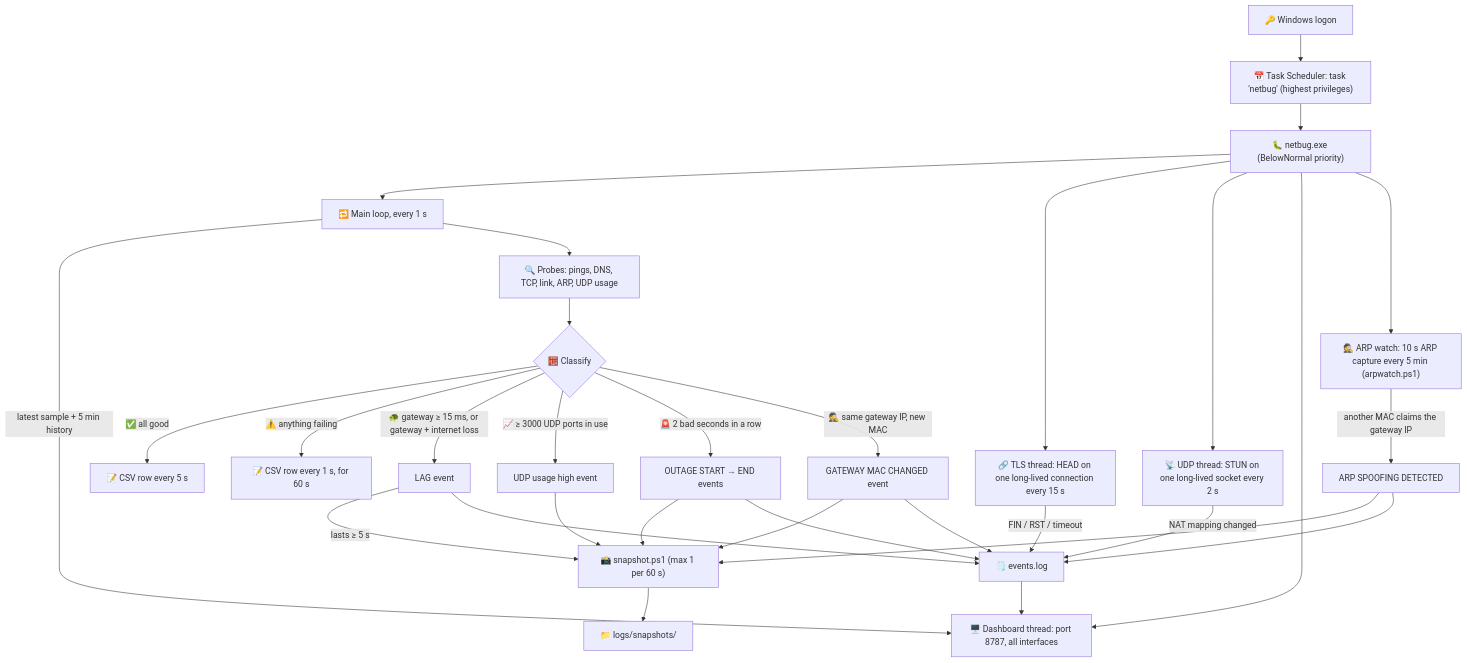
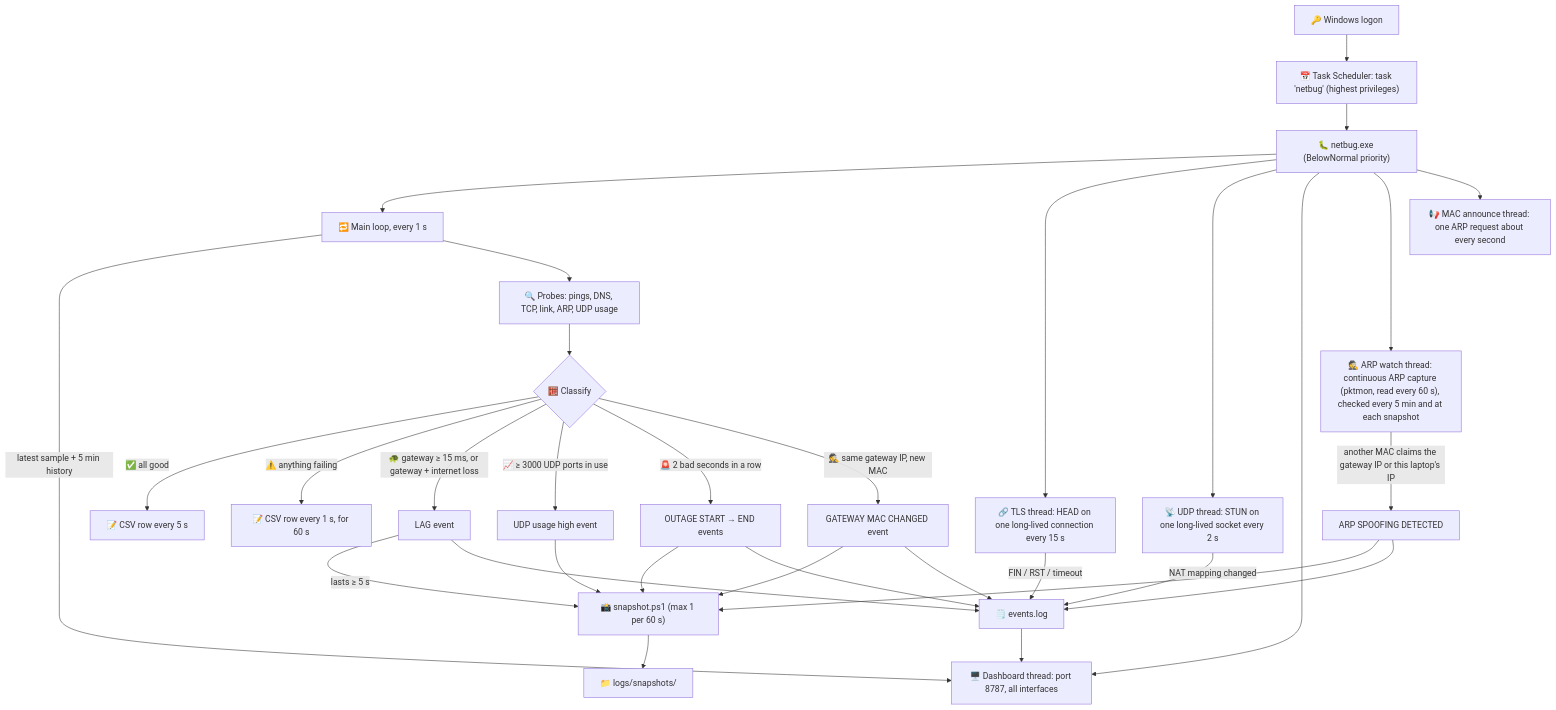
One commit to tariqaq/netbug changed the diagram in README.md. Above: the diagram before and after it, drawn with Mermaid. The commit also changed other lines of this file and 6 other files, not shown here.

First line of the commit message:
Router-side ARP defence: MAC announce, continuous ARP capture, 4-core cap

````diff
--- a/README.md
+++ b/README.md
@@ -29,38 +29,39 @@
 ```mermaid
 flowchart TD
     A["🔑 Windows logon"] --> B["📅 Task Scheduler: task 'netbug' (highest privileges)"]
     B --> C["🐛 netbug.exe (BelowNormal priority)"]
 
     C --> M["🔁 Main loop, every 1 s"]
     C --> T["🔗 TLS thread: HEAD on one long-lived connection every 15 s"]
     C --> U["📡 UDP thread: STUN on one long-lived socket every 2 s"]
     C --> W["🖥️ Dashboard thread: port 8787, all interfaces"]
-    C --> AW["🕵️ ARP watch: 10 s ARP capture every 5 min (arpwatch.ps1)"]
-    AW -->|"another MAC claims the gateway IP"| SP["ARP SPOOFING DETECTED"]
+    C --> AW["🕵️ ARP watch thread: continuous ARP capture (pktmon, read every 60 s), checked every 5 min and at each snapshot"]
+    C --> AN["📢 MAC announce thread: one ARP request about every second"]
+    AW -->|"another MAC claims the gateway IP or this laptop's IP"| SP["ARP SPOOFING DETECTED"]
     SP --> S
     SP --> E
     E --> W
     M -->|"latest sample + 5 min history"| W
 
     M --> P["🔍 Probes: pings, DNS, TCP, link, ARP, UDP usage"]
     P --> K{"🧮 Classify"}
 
     K -->|"✅ all good"| R1["📝 CSV row every 5 s"]
     K -->|"⚠️ anything failing"| R2["📝 CSV row every 1 s, for 60 s"]
     K -->|"🐢 gateway ≥ 15 ms, or gateway + internet loss"| L["LAG event"]
     K -->|"📈 ≥ 3000 UDP ports in use"| H["UDP usage high event"]
     H --> S
     K -->|"🚨 2 bad seconds in a row"| O["OUTAGE START → END events"]
     K -->|"🕵️ same gateway IP, new MAC"| G["GATEWAY MAC CHANGED event"]
     G --> S
     G --> E
 
     L -->|"lasts ≥ 5 s"| S["📸 snapshot.ps1 (max 1 per 60 s)"]
     O --> S
 
     T -->|"FIN / RST / timeout"| E["🗒️ events.log"]
     U -->|"NAT mapping changed"| E
     L --> E
     O --> E
     S --> D["📁 logs/snapshots/"]
 ```
````
